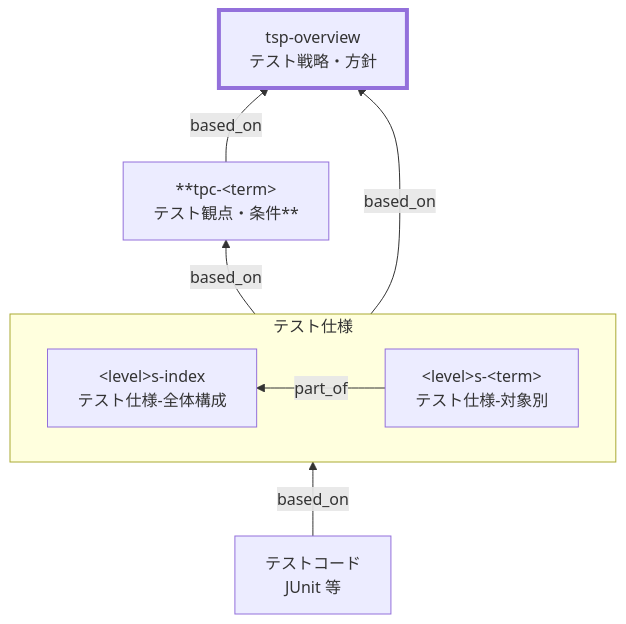
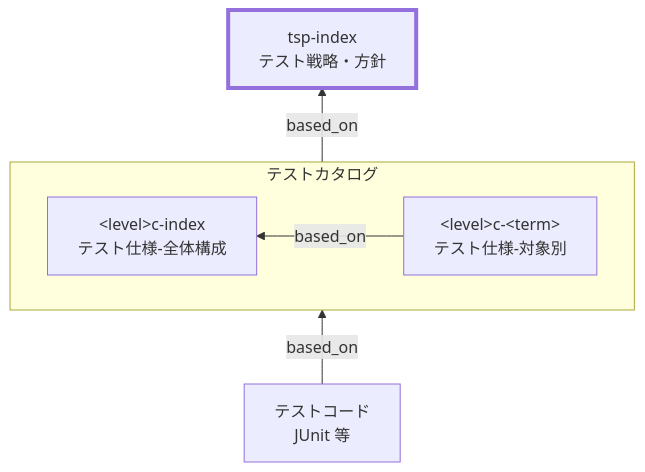
The diagram in docs/ja/handbook/rules/tsp-index-rules.md (specdojo/spec-dojo-handbook), drawn with Mermaid before and after one commit. The commit also changed other lines of this file and 8 other files, not shown here.

````diff
--- a/docs/ja/handbook/rules/tsp-index-rules.md
+++ b/docs/ja/handbook/rules/tsp-index-rules.md
@@ -40,23 +41,20 @@
 ```mermaid
 flowchart BT
-  TSP["tsp-overview<br>テスト戦略・方針"]
-  TPC["**tpc-&lt;term&gt;<br>テスト観点・条件**"]
+  TSP["tsp-index<br>テスト戦略・方針"]
 
-  subgraph LS["テスト仕様"]
+  subgraph TC["テストカタログ"]
   direction RL
-    LSIndex["&lt;level&gt;s-index<br>テスト仕様-全体構成"]
-    LSDetail["&lt;level&gt;s-&lt;term&gt;<br>テスト仕様-対象別"]
-    LSDetail -->|part_of| LSIndex
+    TCIndex["&lt;level&gt;c-index<br>テスト仕様-全体構成"]
+    TCDetail["&lt;level&gt;c-&lt;term&gt;<br>テスト仕様-対象別"]
+    TCDetail -->|based_on| TCIndex
   end
 
-  TC["テストコード<br>JUnit 等"]
+  Code["テストコード<br>JUnit 等"]
 
-  TPC -->|based_on| TSP
-  LS -->|based_on| TSP
-  LS -->|based_on| TPC
-  TC -->|based_on| LS
+  TC -->|based_on| TSP
+  Code -->|based_on| TC
 
 
   classDef target stroke-width:4px
   class TSP target
 ```
````
